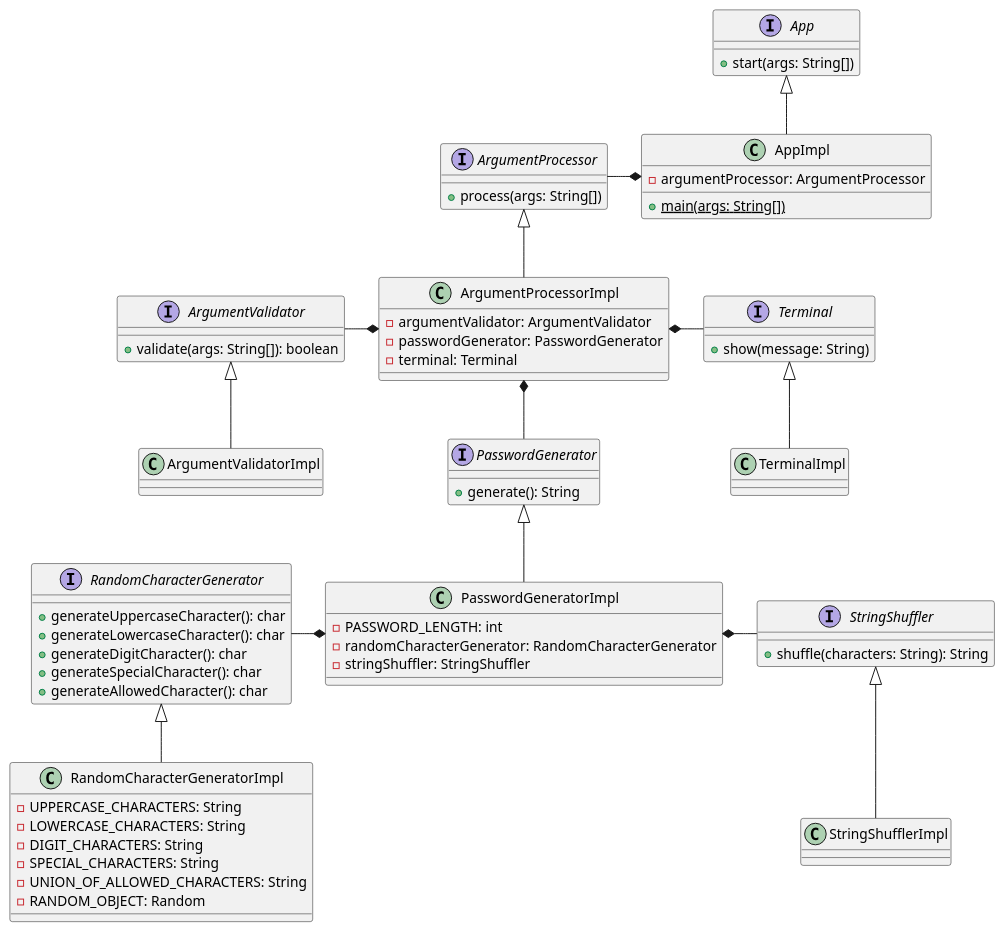
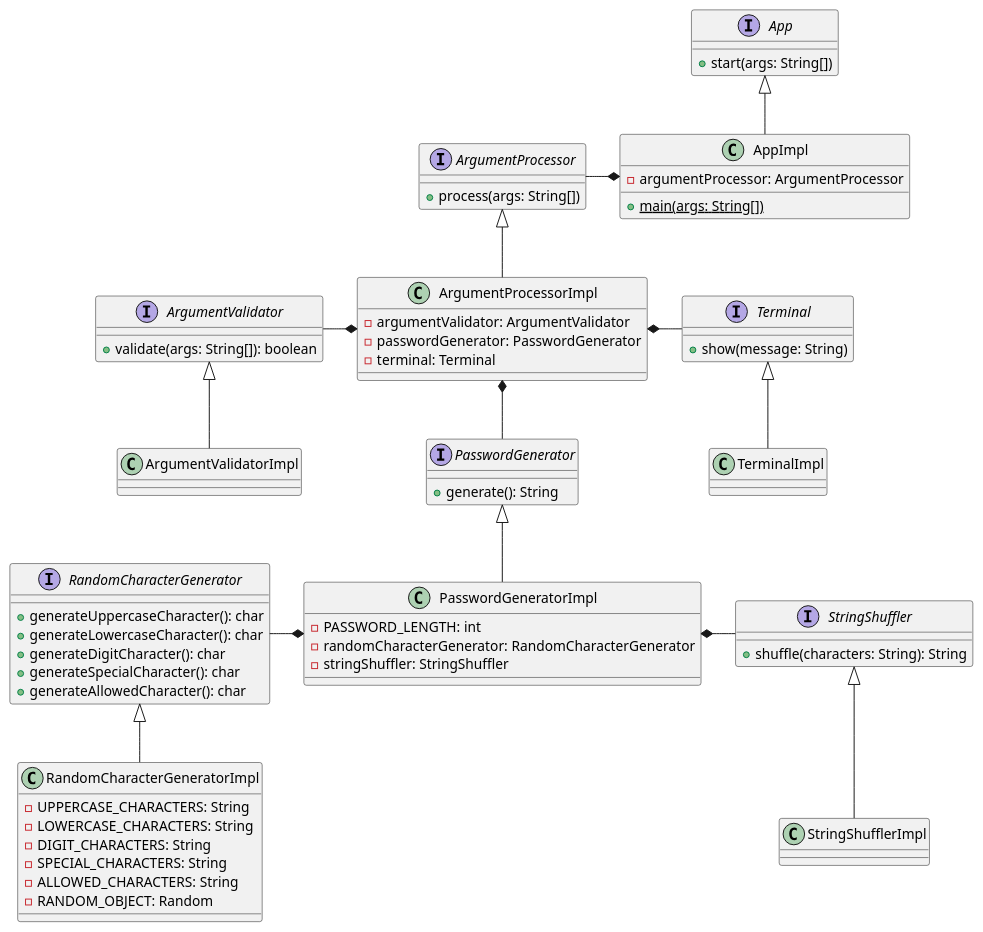
The diagram in diagrams/Class.puml (djvelimir/demo-java-cli), drawn with PlantUML before and after one commit. The commit also changed 1 other file, not shown here.

```diff
--- a/diagrams/Class.puml
+++ b/diagrams/Class.puml
@@ -1,85 +1,85 @@
 @startuml Class
 interface App {
     + start(args: String[])
 }
 
 class AppImpl {
     - argumentProcessor: ArgumentProcessor
     + {static} main(args: String[])
 }
 
 interface ArgumentValidator {
     + validate(args: String[]): boolean
 }
 
 class ArgumentValidatorImpl {
 }
 
 interface ArgumentProcessor {
     + process(args: String[])
 }
 
 class ArgumentProcessorImpl {
     - argumentValidator: ArgumentValidator
     - passwordGenerator: PasswordGenerator
     - terminal: Terminal
 }
 
 interface Terminal {
     + show(message: String)
 }
 
 class TerminalImpl {
 }
 
 interface PasswordGenerator {
     + generate(): String
 }
 
 class PasswordGeneratorImpl {
     - PASSWORD_LENGTH: int
     - randomCharacterGenerator: RandomCharacterGenerator
     - stringShuffler: StringShuffler
 }
 
 interface RandomCharacterGenerator {
     + generateUppercaseCharacter(): char
     + generateLowercaseCharacter(): char
     + generateDigitCharacter(): char
     + generateSpecialCharacter(): char
     + generateAllowedCharacter(): char
 }
 
 class RandomCharacterGeneratorImpl {
     - UPPERCASE_CHARACTERS: String
     - LOWERCASE_CHARACTERS: String
     - DIGIT_CHARACTERS: String
     - SPECIAL_CHARACTERS: String
-    - UNION_OF_ALLOWED_CHARACTERS: String
+    - ALLOWED_CHARACTERS: String
     - RANDOM_OBJECT: Random
 }
 
 interface StringShuffler {
     + shuffle(characters: String): String
 }
 
 class StringShufflerImpl {
 }
 
 ArgumentValidator <|-- ArgumentValidatorImpl
 ArgumentProcessor <|-- ArgumentProcessorImpl
 Terminal <|-- TerminalImpl
 PasswordGenerator <|-- PasswordGeneratorImpl
 RandomCharacterGenerator <|-- RandomCharacterGeneratorImpl
 StringShuffler <|-- StringShufflerImpl
 App <|-- AppImpl
 
 AppImpl *--l ArgumentProcessor
 
 ArgumentProcessorImpl *--l ArgumentValidator
 ArgumentProcessorImpl *--d PasswordGenerator
 ArgumentProcessorImpl *--r Terminal
 
 PasswordGeneratorImpl *--l RandomCharacterGenerator
 PasswordGeneratorImpl *--r StringShuffler
 @enduml
```
